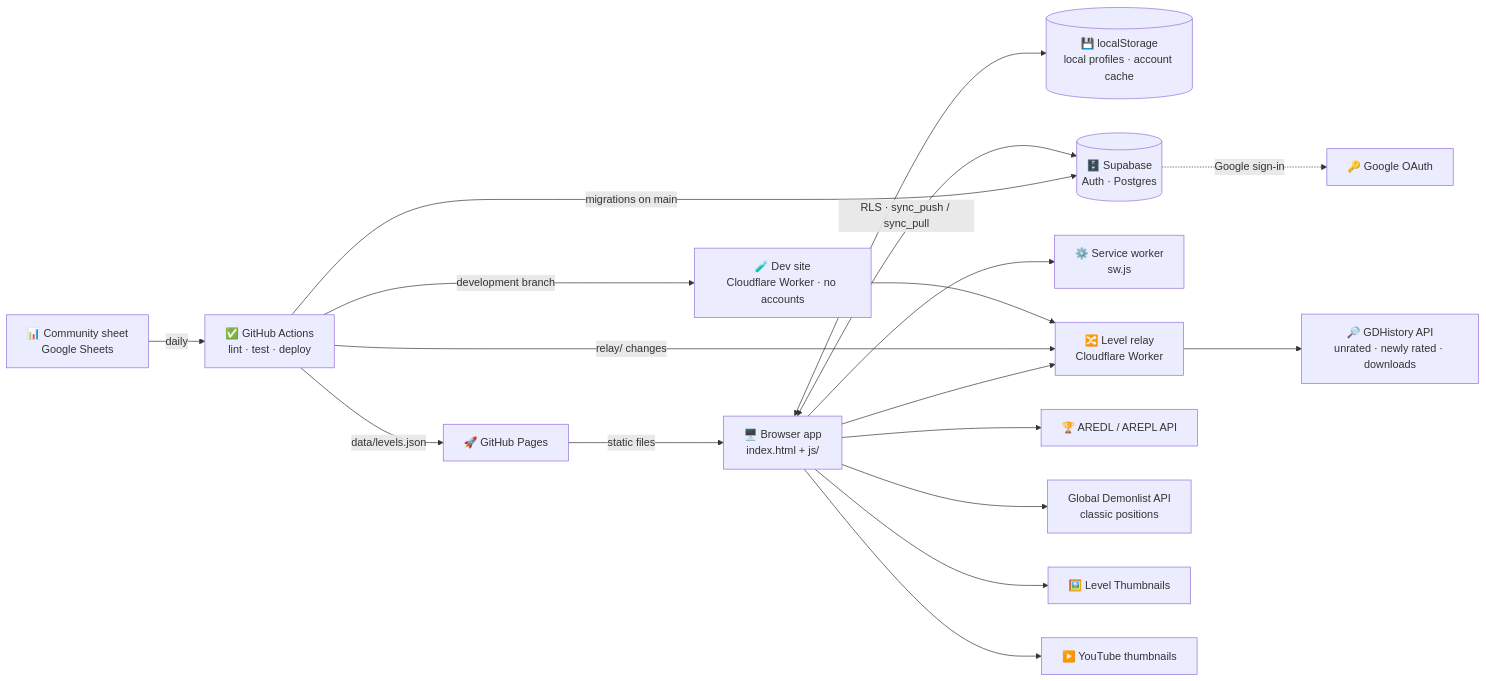
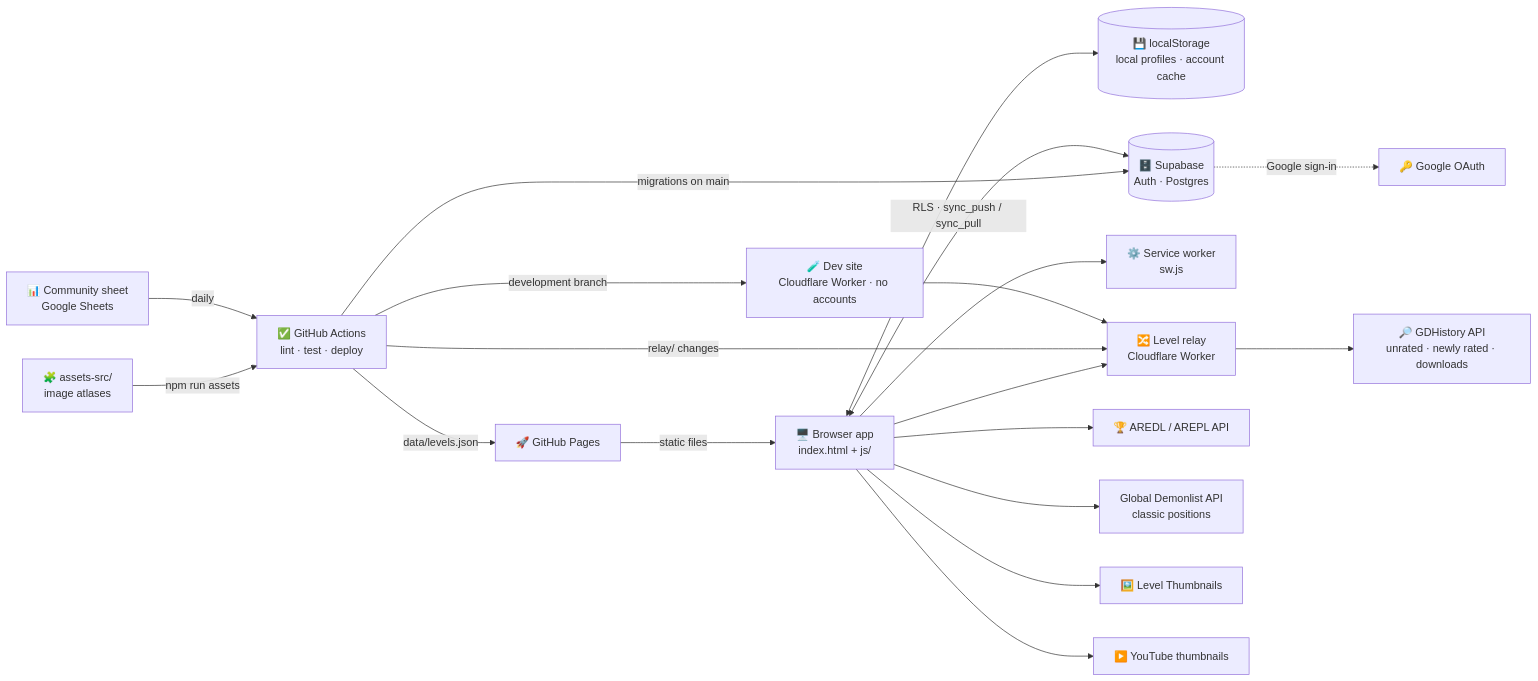
The diagram in README.md (Wal-014/Personal-Progress-List), drawn with Mermaid before and after one commit. The commit also changed other lines of this file and 496 other files, not shown here.

````diff
--- a/README.md
+++ b/README.md
@@ -45,20 +45,22 @@
 ```mermaid
 flowchart LR
     GS["📊 Community sheet<br/>Google Sheets"] -->|daily| CI
+    SRC["🧩 assets-src/<br/>image atlases"]
+    SRC -->|npm run assets| CI
     CI["✅ GitHub Actions<br/>lint · test · deploy"] -->|data/levels.json| GH
     GH["🚀 GitHub Pages"] -->|static files| B["🖥️ Browser app<br/>index.html + js/"]
     B <--> LS[("💾 localStorage<br/>local profiles · account cache")]
     B <-->|"RLS · sync_push / sync_pull"| SB[("🗄️ Supabase<br/>Auth · Postgres")]
     SB -.->|Google sign-in| GO["🔑 Google OAuth"]
     B --> SW["⚙️ Service worker<br/>sw.js"]
     CI -->|development branch| DV["🧪 Dev site<br/>Cloudflare Worker · no accounts"]
     CI -->|migrations on main| SB
     DV --> R
     CI -->|relay/ changes| R
     B --> R["🔀 Level relay<br/>Cloudflare Worker"]
     R --> G["🔎 GDHistory API<br/>unrated · newly rated · downloads"]
     B --> A["🏆 AREDL / AREPL API"]
     B --> GDL["Global Demonlist API<br/>classic positions"]
     B --> T["🖼️ Level Thumbnails"]
     B --> Y["▶️ YouTube thumbnails"]
 ```
````
